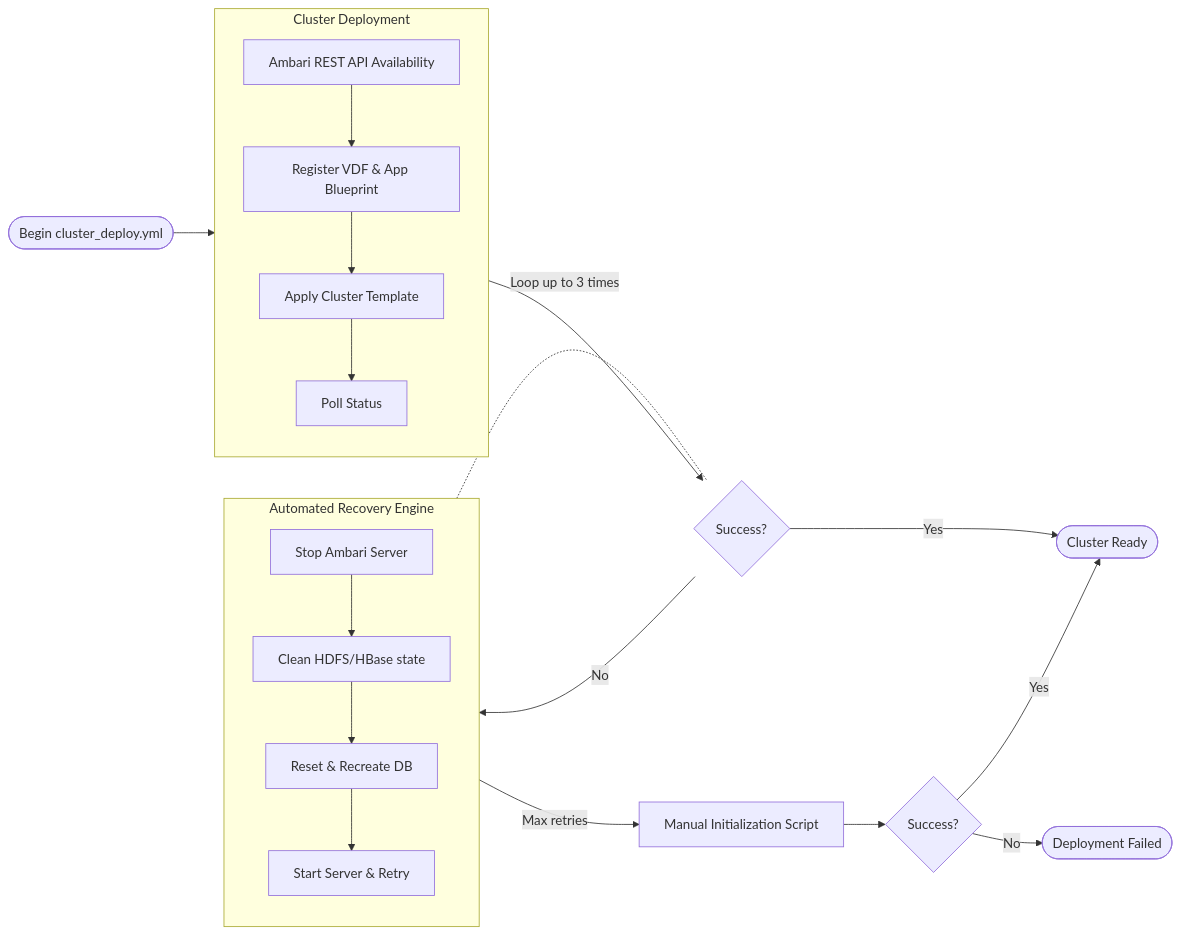
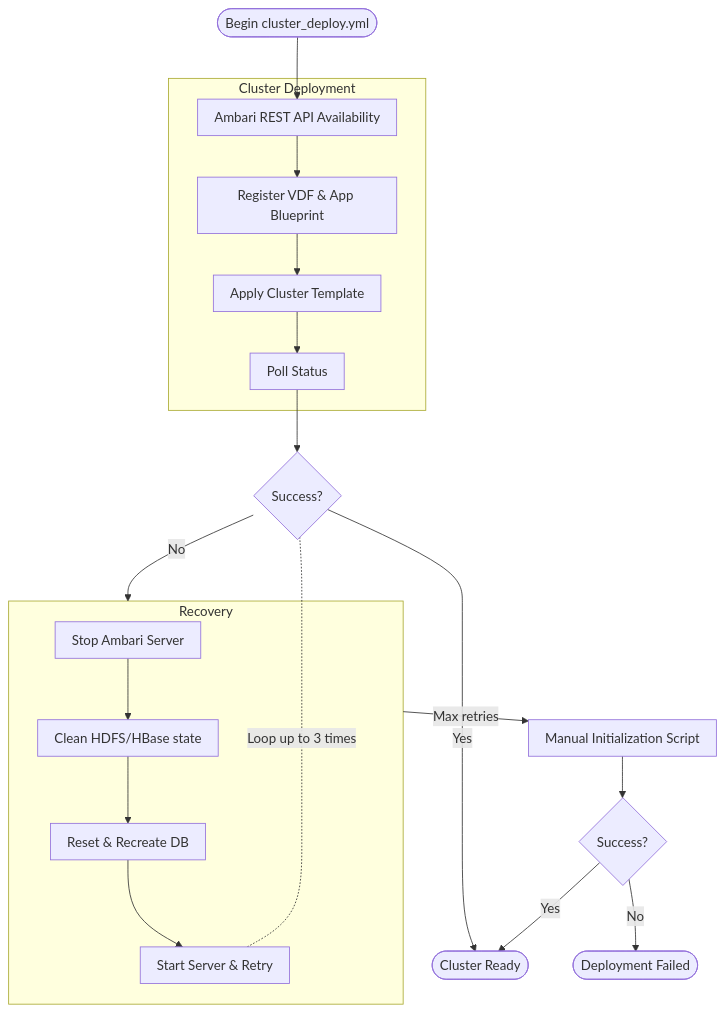
Before and after one commit to joaopfduarte/Article-CDP: the diagram in content/assets/mermaid/provisioning-03-cluster.mmd, drawn with Mermaid. The commit also changed 1 other file, not shown here.

Commit message:
fix: deployment steps fig

```diff
--- a/content/assets/mermaid/provisioning-03-cluster.mmd
+++ b/content/assets/mermaid/provisioning-03-cluster.mmd
@@ -1,33 +1,32 @@
-flowchart LR
+%%{init: {"flowchart": {"padding": 10}}}%%
+flowchart TD
     %% View 03 — Cluster Deployment & Recovery
     
     START([Begin cluster_deploy.yml]) --> INIT
     
     subgraph DEPLOY [Cluster Deployment]
-        direction TB
         INIT[Ambari REST API Availability] --> REG[Register VDF & App Blueprint]
         REG --> APPLY[Apply Cluster Template]
         APPLY --> WAIT[Poll Status]
     end
     
     WAIT --> STATUS{Success?}
     
     STATUS -->|Yes| END_SUCCESS([Cluster Ready])
     
     STATUS -->|No| RETRY_ENGINE
     
-    subgraph RETRY_ENGINE [Automated Recovery Engine]
-        direction TB
+    subgraph RETRY_ENGINE [Recovery]
         STOP_AMBARI[Stop Ambari Server] --> CLEAN[Clean HDFS/HBase state]
         CLEAN --> DB_FIX[Reset & Recreate DB]
         DB_FIX --> RESTART[Start Server & Retry]
     end
     
     RESTART -.- |Loop up to 3 times| STATUS
     
     RETRY_ENGINE -->|Max retries| MANUAL
     
     MANUAL[Manual Initialization Script] --> M_STATUS{Success?}
     
     M_STATUS -->|Yes| END_SUCCESS
     M_STATUS -->|No| END_FAIL([Deployment Failed])
```
